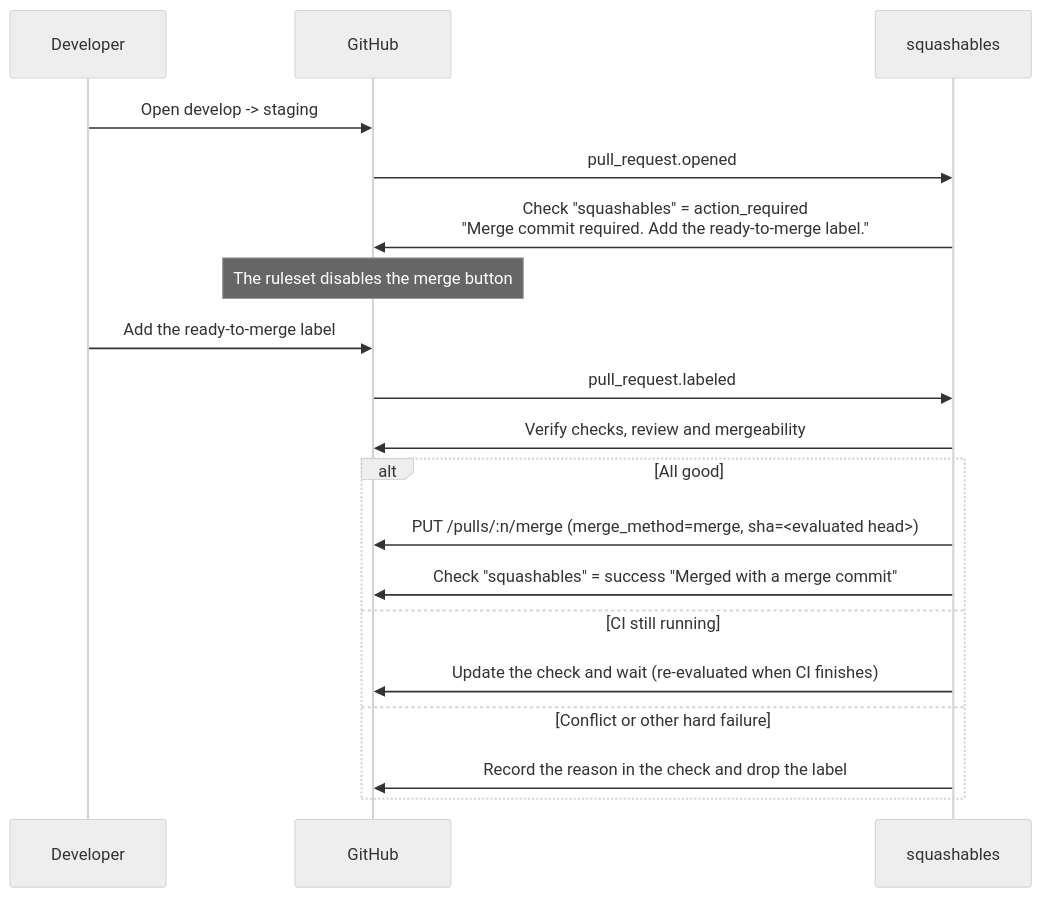
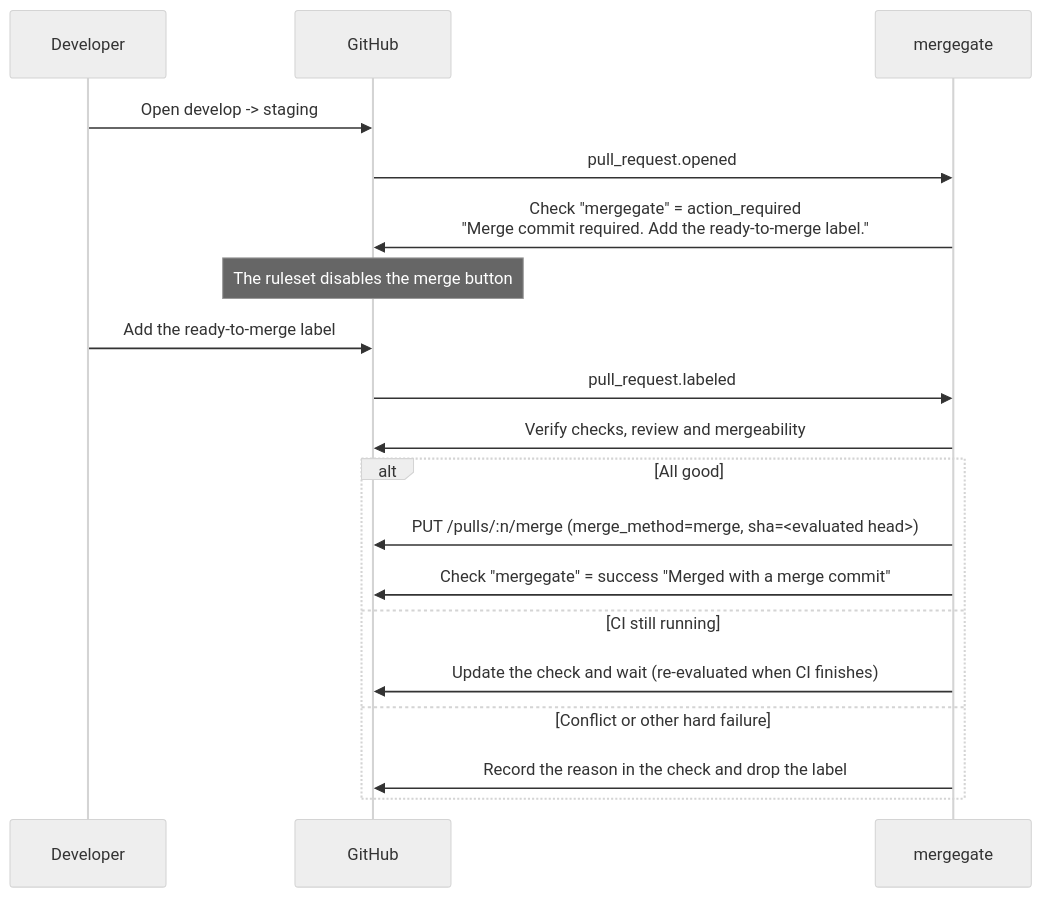
One commit to siketyan/mergegate changed the second of 2 diagrams in README.md. Above: the diagram before and after it, drawn with Mermaid (neutral theme). The commit also changed other lines of this file and 22 other files, not shown here.

````diff
--- a/README.md
+++ b/README.md
@@ -108,22 +111,22 @@
 ```mermaid
 sequenceDiagram
     participant Dev as Developer
     participant GH as GitHub
-    participant App as squashables
+    participant App as mergegate
 
     Dev->>GH: Open develop -> staging
     GH->>App: pull_request.opened
-    App->>GH: Check "squashables" = action_required<br/>"Merge commit required. Add the ready-to-merge label."
+    App->>GH: Check "mergegate" = action_required<br/>"Merge commit required. Add the ready-to-merge label."
     Note over GH: The ruleset disables the merge button
     Dev->>GH: Add the ready-to-merge label
     GH->>App: pull_request.labeled
     App->>GH: Verify checks, review and mergeability
     alt All good
         App->>GH: PUT /pulls/:n/merge (merge_method=merge, sha=<evaluated head>)
-        App->>GH: Check "squashables" = success "Merged with a merge commit"
+        App->>GH: Check "mergegate" = success "Merged with a merge commit"
     else CI still running
         App->>GH: Update the check and wait (re-evaluated when CI finishes)
     else Conflict or other hard failure
         App->>GH: Record the reason in the check and drop the label
     end
 ```
````
